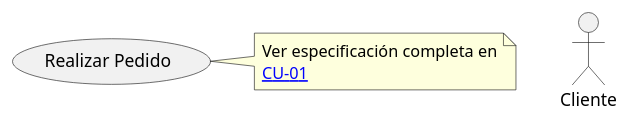
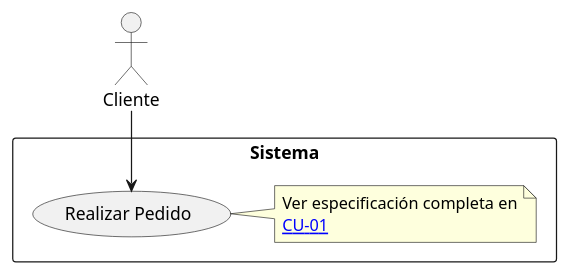
One commit to gaaguirrer/Clases changed diagram 18 of 26 in Ingeniería del Software I/Materiales/Introducción casos de uso.md. Above: the diagram before and after it, drawn with PlantUML. The commit also changed other lines of this file and 14 other files, not shown here.

````diff
--- a/Ingeniería del Software I/Materiales/Introducción casos de uso.md
+++ b/Ingeniería del Software I/Materiales/Introducción casos de uso.md
@@ -633,10 +725,15 @@
 ```plantuml
 @startuml
-:Cliente:
-(Realizar Pedido)
-note right of (Realizar Pedido)
-  Ver especificación completa en
-  [[./docs/CU-01.md CU-01]]
-end note
+:Cliente: as C
+
+rectangle "Sistema" {
+    (Realizar Pedido) as RP
+    note right of RP
+      Ver especificación completa en
+      [[./docs/CU-01.md CU-01]]
+    end note
+}
+
+C --> RP
 @enduml
 ```
````
